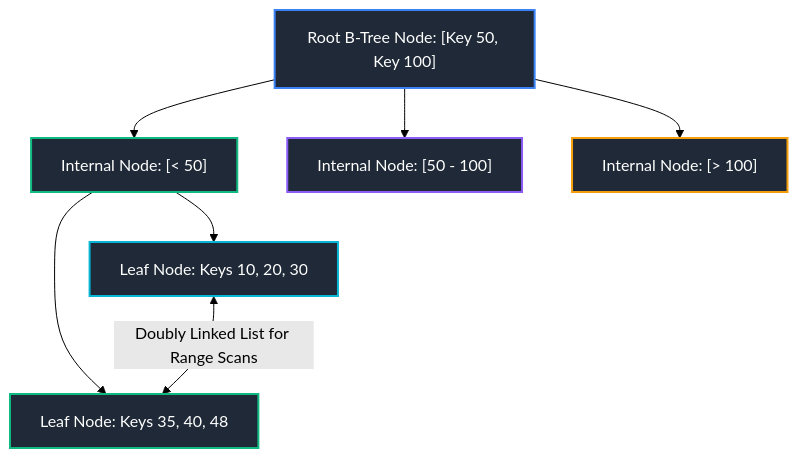
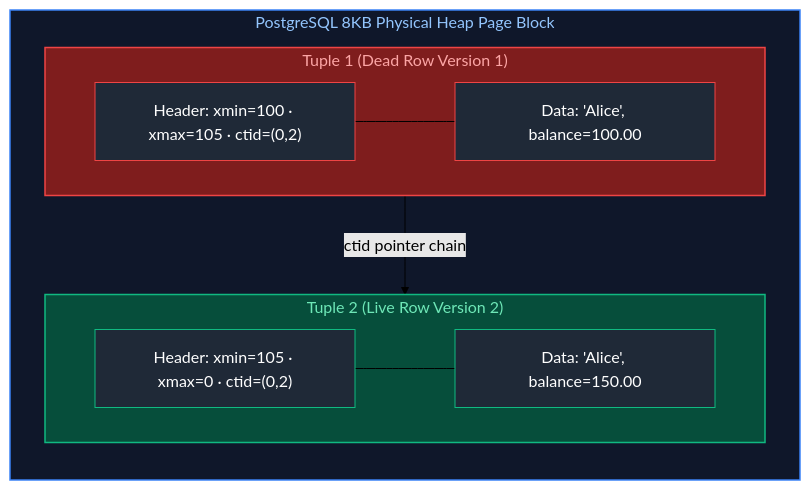
One commit to joydeep-biswas/Interview-Preparation changed the ninth of 13 diagrams in Java Backend Engineering/09_relational_databases_and_sql.md. Above: the diagram before and after it, drawn with Mermaid (forest theme). The commit also changed other lines of this file and 143 other files, not shown here.

````diff
--- a/Java Backend Engineering/09_relational_databases_and_sql.md
+++ b/Java Backend Engineering/09_relational_databases_and_sql.md
@@ -440,18 +740,25 @@
 ```mermaid
-flowchart TD
-    Root["Root B-Tree Node: [Key 50, Key 100]"]
-    Root --> N1["Internal Node: [< 50]"]
-    Root --> N2["Internal Node: [50 - 100]"]
-    Root --> N3["Internal Node: [> 100]"]
-    
-    N1 --> L1["Leaf Node: Keys 10, 20, 30"]
-    N1 --> L2["Leaf Node: Keys 35, 40, 48"]
-    L1 <-->|Doubly Linked List for Range Scans| L2
+flowchart LR
+    subgraph PageBlock ["PostgreSQL 8KB Physical Heap Page Block"]
+        direction TB
+        subgraph Tuple1 ["Tuple 1 (Dead Row Version 1)"]
+            T1_H["Header: xmin=100 · xmax=105 · ctid=(0,2)"]
+            T1_D["Data: 'Alice', balance=100.00"]
+            T1_H --- T1_D
+        end
+        subgraph Tuple2 ["Tuple 2 (Live Row Version 2)"]
+            T2_H["Header: xmin=105 · xmax=0 · ctid=(0,2)"]
+            T2_D["Data: 'Alice', balance=150.00"]
+            T2_H --- T2_D
+        end
+        Tuple1 -->|"ctid pointer chain"| Tuple2
+    end
 
-    style Root fill:#1f2937,stroke:#3b82f6,stroke-width:2px,color:#fff
-    style N1 fill:#1f2937,stroke:#10b981,stroke-width:2px,color:#fff
-    style N2 fill:#1f2937,stroke:#8b5cf6,stroke-width:2px,color:#fff
-    style N3 fill:#1f2937,stroke:#f59e0b,stroke-width:2px,color:#fff
-    style L1 fill:#1f2937,stroke:#06b6d4,stroke-width:2px,color:#fff
-    style L2 fill:#1f2937,stroke:#10b981,stroke-width:2px,color:#fff
+    style PageBlock fill:#0f172a,stroke:#3b82f6,stroke-width:1.5px,color:#93c5fd
+    style Tuple1 fill:#7f1d1d,stroke:#ef4444,stroke-width:1.5px,color:#fca5a5
+    style Tuple2 fill:#064e3b,stroke:#10b981,stroke-width:1.5px,color:#6ee7b7
+    style T1_H fill:#1f2937,stroke:#ef4444,stroke-width:1px,color:#fff
+    style T1_D fill:#1f2937,stroke:#ef4444,stroke-width:1px,color:#fff
+    style T2_H fill:#1f2937,stroke:#10b981,stroke-width:1px,color:#fff
+    style T2_D fill:#1f2937,stroke:#10b981,stroke-width:1px,color:#fff
 ```
````
